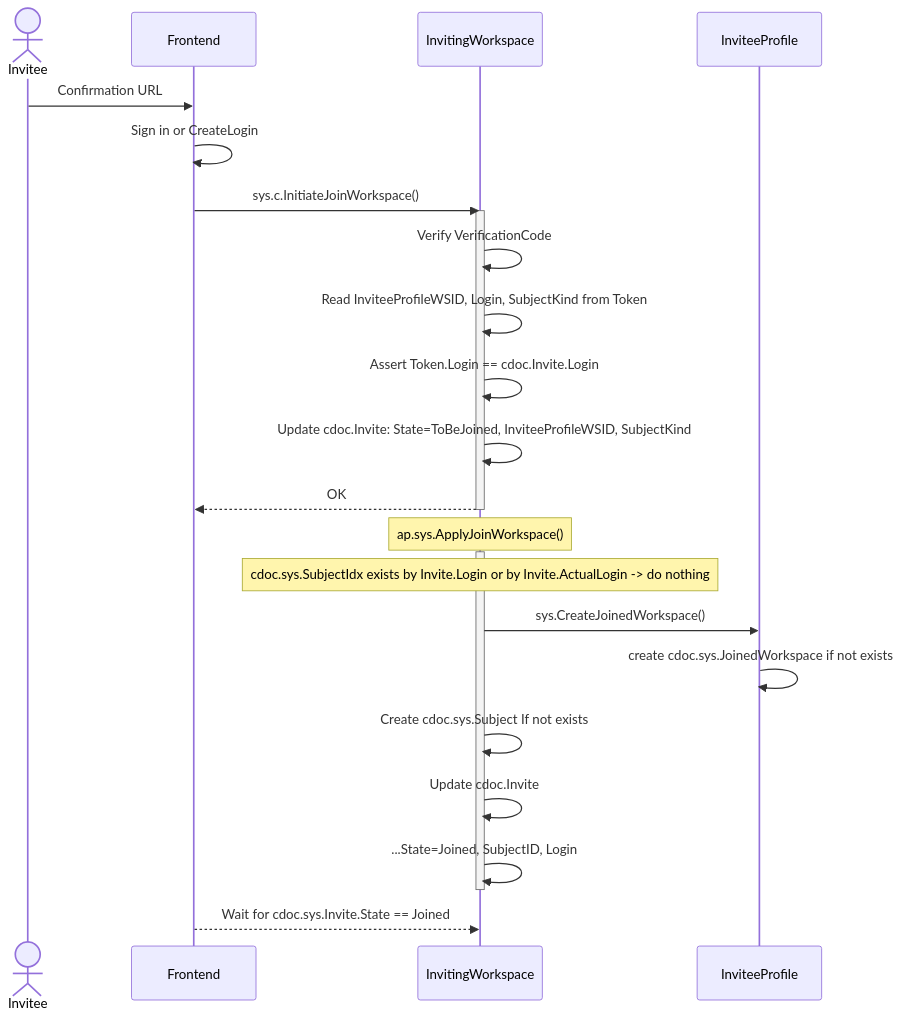
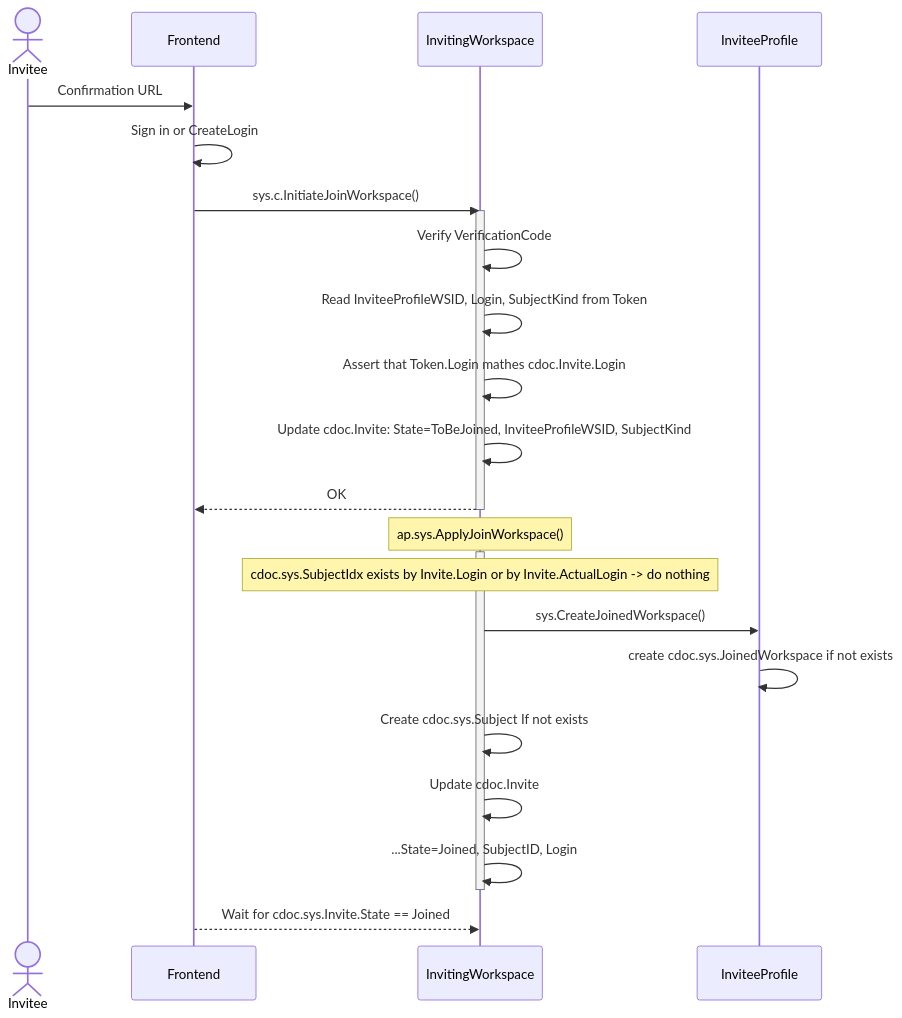
One commit to voedger/voedger-internals changed the fifth of 9 diagrams in server/workspaces/invites.md. Above: the diagram before and after it, drawn with Mermaid.

Commit message:
Fix typo in invites.md for token login assertion

````diff
--- a/server/workspaces/invites.md
+++ b/server/workspaces/invites.md
@@ -240,35 +240,35 @@
 ```mermaid
     sequenceDiagram
 
     actor Invitee
     participant front as Frontend
     participant workspace as InvitingWorkspace
     participant profilews as InviteeProfile
 
     Invitee ->> front: Confirmation URL
     front ->> front: Sign in or CreateLogin
 
     front ->> workspace: sys.c.InitiateJoinWorkspace()
     activate workspace
         workspace ->> workspace: Verify VerificationCode
         workspace ->> workspace: Read InviteeProfileWSID, Login, SubjectKind from Token
-        workspace ->> workspace: Assert Token.Login == cdoc.Invite.Login
+        workspace ->> workspace: Assert that Token.Login mathes cdoc.Invite.Login
         workspace ->> workspace: Update cdoc.Invite: State=ToBeJoined, InviteeProfileWSID, SubjectKind
         workspace -->> front: OK
     deactivate workspace
 
     note over workspace: ap.sys.ApplyJoinWorkspace()
     activate workspace
         note over workspace: cdoc.sys.SubjectIdx exists by Invite.Login or by Invite.ActualLogin -> do nothing
         workspace ->> profilews: sys.CreateJoinedWorkspace()
         profilews ->> profilews: create cdoc.sys.JoinedWorkspace if not exists
 
         workspace ->> workspace: Create cdoc.sys.Subject If not exists
         workspace ->> workspace: Update cdoc.Invite
         workspace ->> workspace: ...State=Joined, SubjectID, Login
 
     deactivate workspace
 
     front -->> workspace: Wait for  cdoc.sys.Invite.State == Joined
 
 ```
````
